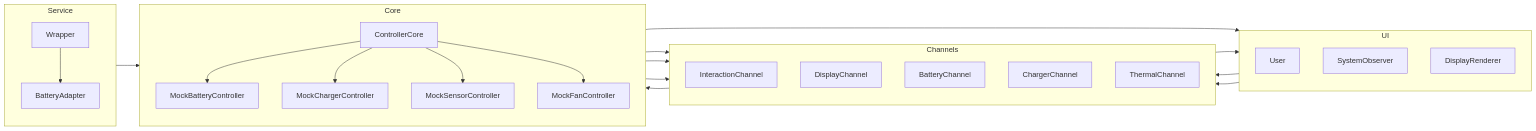
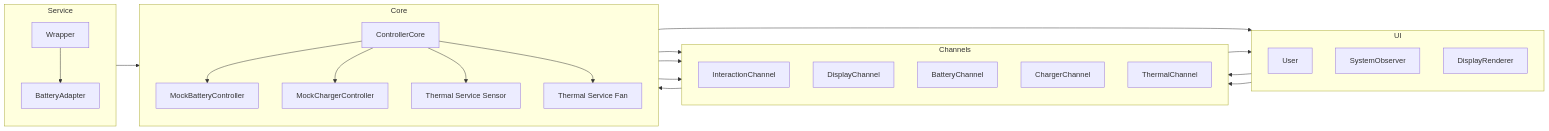
One commit to tremho/odp-documentation changed the diagram in guide_book/src/how/ec/integration/7-setup_and_tap.md. Above: the diagram before and after it, drawn with Mermaid. The commit also changed other lines of this file and 14 other files, not shown here.

````diff
--- a/guide_book/src/how/ec/integration/7-setup_and_tap.md
+++ b/guide_book/src/how/ec/integration/7-setup_and_tap.md
@@ -10,52 +10,52 @@
 ```mermaid
 flowchart LR
 
   %% --- UI ---
   subgraph UI[UI]
     direction TB
     User[User]
     Obs[SystemObserver]
     Rend[DisplayRenderer]
   end
 
   %% --- Channels ---
   subgraph Channels[Channels]
     direction TB
     IChan[InteractionChannel]
     DChan[DisplayChannel]
     Bc[BatteryChannel]
     Cc[ChargerChannel]
     Tc[ThermalChannel]
   end
 
   %% --- Service ---
   subgraph Service[Service]
     direction TB
     W[Wrapper] --> A[BatteryAdapter]
   end
 
   %% --- Core ---
   subgraph Core[Core]
     direction TB
     CC[ControllerCore]
     B[MockBatteryController]
     C[MockChargerController]
-    S[MockSensorController]
-    F[MockFanController]
+    S[Thermal Service Sensor]
+    F[Thermal Service Fan]
     CC --> B & C & S & F
   end
 
   %% --- Wiring ---
   User --> IChan
   IChan --> CC
 
   A --> CC
 
   CC --> Obs
   Obs --> DChan
   DChan --> Rend
 
   CC --> Bc
   CC --> Cc
   CC --> Tc
 ```
````
